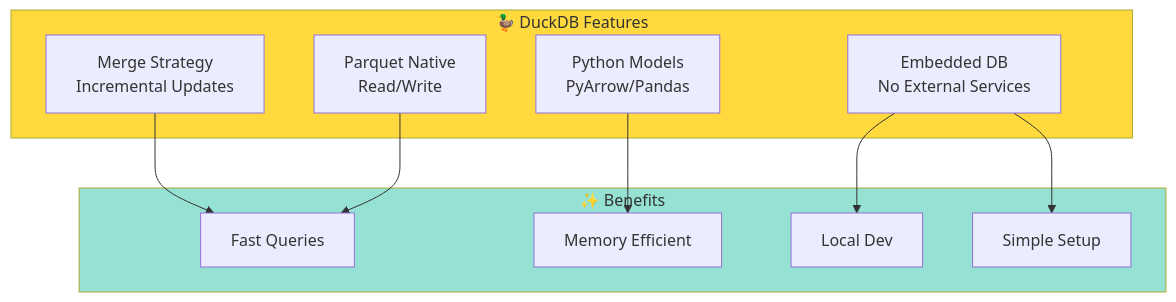
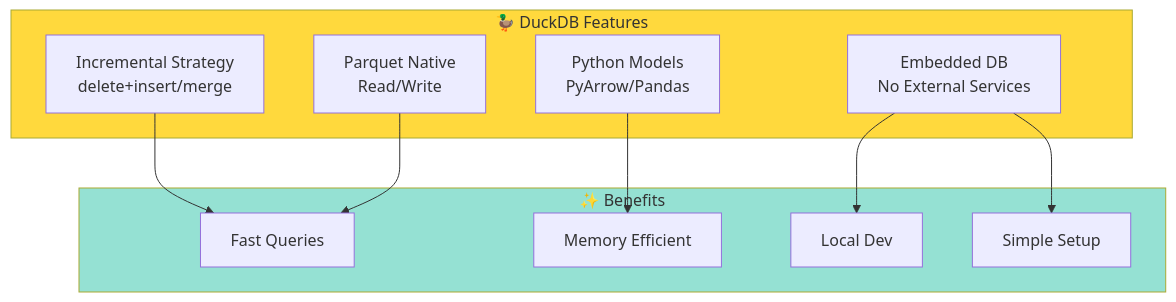
One commit to thosangs/dbt_incremental_agg changed the third of 3 diagrams in README.md. Above: the diagram before and after it, drawn with Mermaid. The commit also changed other lines of this file and 1 other file, not shown here.

Commit message:
Fix incremental union bug

````diff
--- a/README.md
+++ b/README.md
@@ -331,25 +344,25 @@
 ```mermaid
 graph TB
     subgraph DuckDB["🦆 DuckDB Features"]
-        Merge[Merge Strategy<br/>Incremental Updates]
+        Incremental[Incremental Strategy<br/>delete+insert/merge]
         Parquet[Parquet Native<br/>Read/Write]
         Python[Python Models<br/>PyArrow/Pandas]
         Embedded[Embedded DB<br/>No External Services]
     end
 
     subgraph Benefits["✨ Benefits"]
         Fast[Fast Queries]
         Local[Local Dev]
         Efficient[Memory Efficient]
         Simple[Simple Setup]
     end
 
-    Merge --> Fast
+    Incremental --> Fast
     Parquet --> Fast
     Python --> Efficient
     Embedded --> Local
     Embedded --> Simple
 
     style DuckDB fill:#ffd93d
     style Benefits fill:#95e1d3
 ```
````
